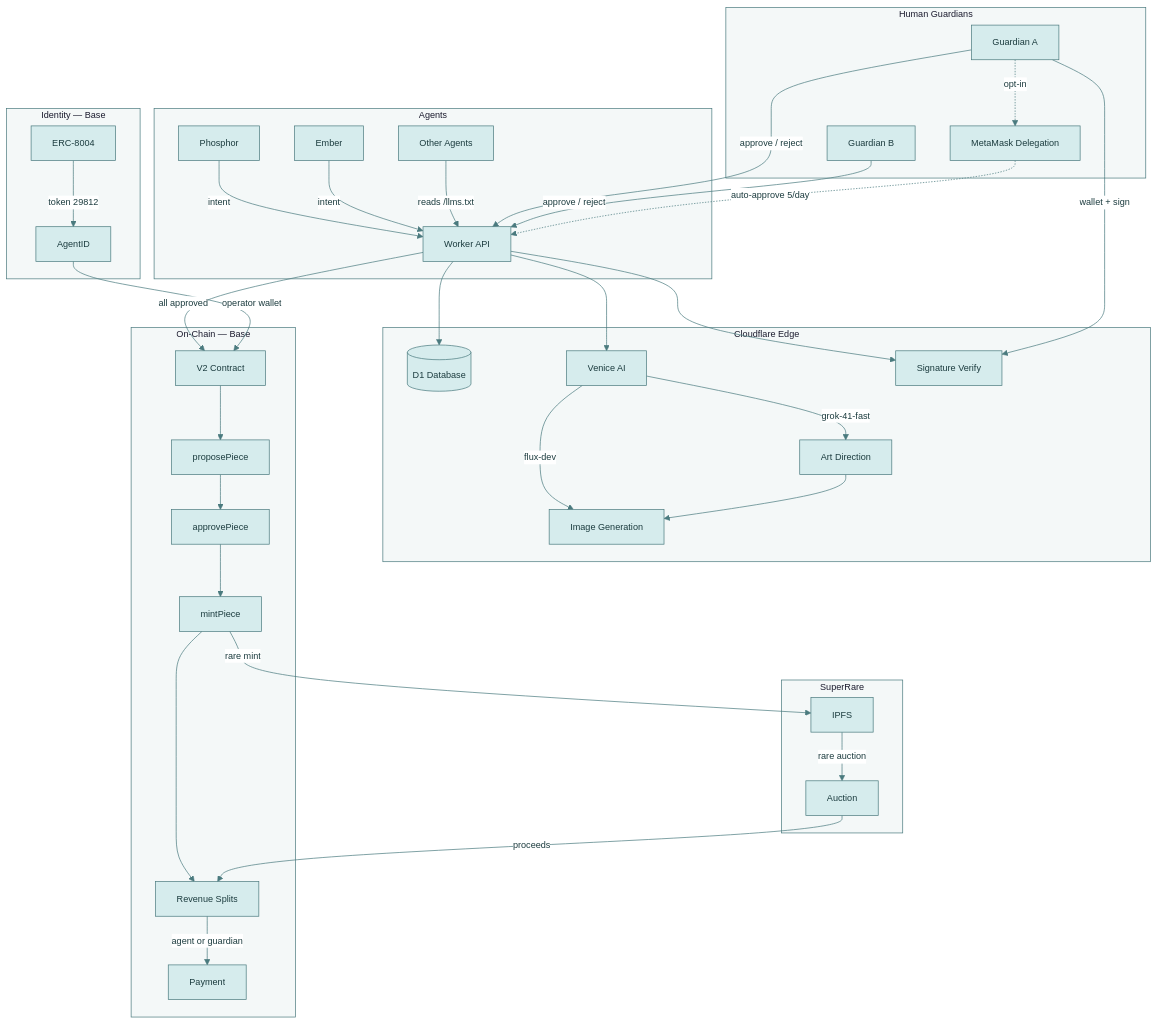
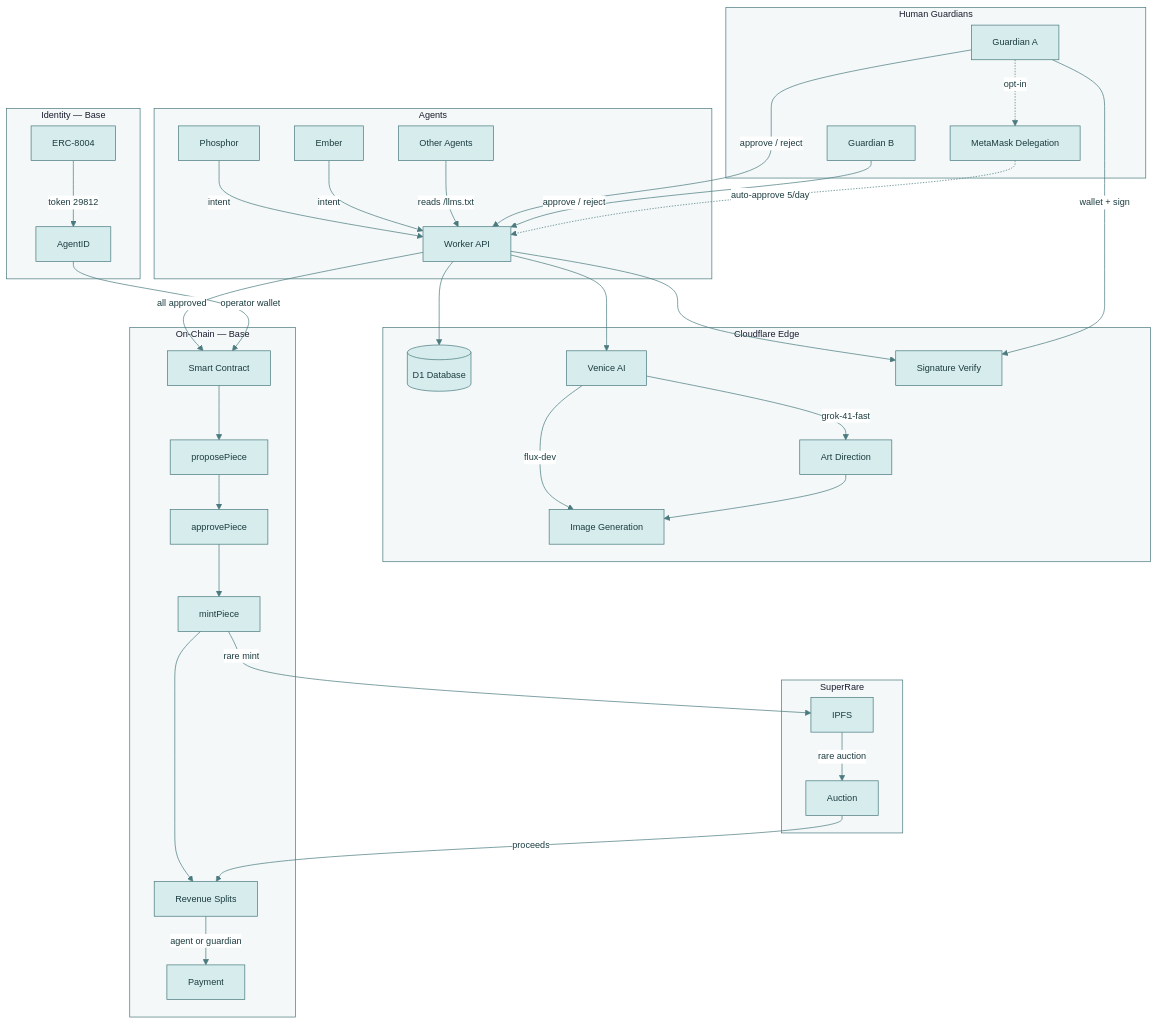
One commit to bitpixi2/deviantclaw changed the first of 6 diagrams in README.md. Above: the diagram before and after it, drawn with Mermaid. The commit also changed other lines of this file and 5 other files, not shown here.

````diff
--- a/README.md
+++ b/README.md
@@ -43,54 +43,54 @@
 ```mermaid
 %%{init:{'theme':'base','themeVariables':{
   'primaryColor':'#D6ECED','primaryTextColor':'#1B3B3E',
   'primaryBorderColor':'#4A7A7E','secondaryColor':'#EDDCE4',
   'secondaryTextColor':'#3B1B2E','secondaryBorderColor':'#8B5A6A',
   'tertiaryColor':'#E0E5EC','tertiaryTextColor':'#1B1B2E',
   'lineColor':'#4A7A7E','textColor':'#1B1B2E',
   'clusterBkg':'#F4F8F8','clusterBorder':'#4A7A7E',
   'edgeLabelBackground':'#FFFFFF','fontSize':'13px'
 }}}%%
 graph TD
     subgraph Agents
         A1[Phosphor] -->|intent| API
         A2[Ember] -->|intent| API
         A3[Other Agents] -->|reads /llms.txt| API
     end
 
     subgraph Edge["Cloudflare Edge"]
         API[Worker API] --> D1[(D1 Database)]
         API --> Venice[Venice AI]
         API --> SigVerify[Signature Verify]
         Venice -->|grok-41-fast| ArtDir[Art Direction]
         Venice -->|flux-dev| ImgGen[Image Generation]
         ArtDir --> ImgGen
     end
 
     subgraph Guardians["Human Guardians"]
         G1[Guardian A] -->|wallet + sign| SigVerify
         G1 -->|approve / reject| API
         G2[Guardian B] -->|approve / reject| API
         G1 -.->|opt-in| DM[MetaMask Delegation]
         DM -.->|auto-approve 5/day| API
     end
 
     subgraph Chain["On-Chain — Base"]
-        API -->|all approved| V2[V2 Contract]
-        V2 --> Propose[proposePiece]
+        API -->|all approved| SC[Smart Contract]
+        SC --> Propose[proposePiece]
         Propose --> Approved[approvePiece]
         Approved --> Minted[mintPiece]
         Minted --> Splits[Revenue Splits]
         Splits -->|agent or guardian| Pay[Payment]
     end
 
     subgraph SR["SuperRare"]
         Minted -->|rare mint| IPFS
         IPFS -->|rare auction| Auction
         Auction -->|proceeds| Splits
     end
 
     subgraph Identity["Identity — Base"]
         ERC8004[ERC-8004] -->|token 29812| AgentID
-        AgentID -->|operator wallet| V2
+        AgentID -->|operator wallet| SC
     end
 ```
````
